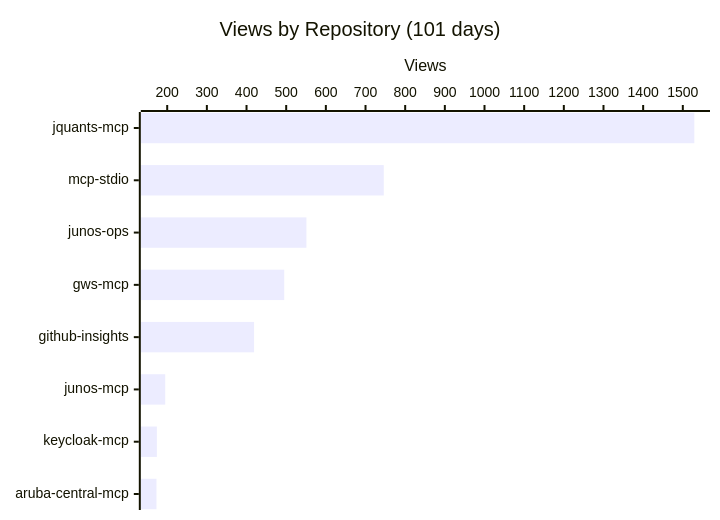
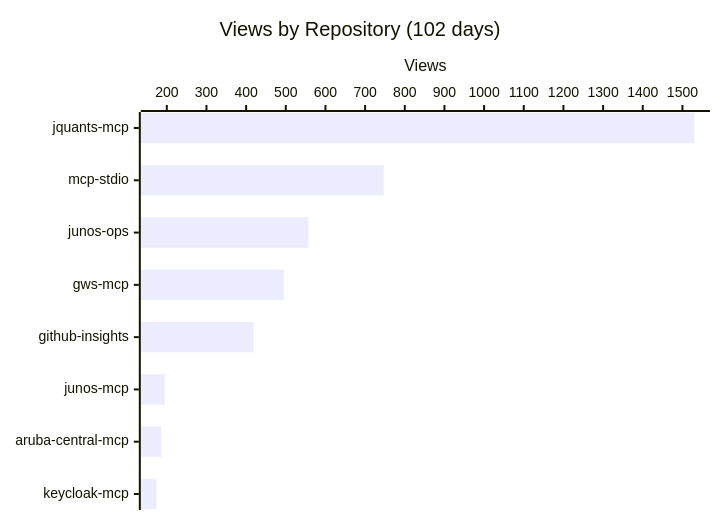
Before and after one commit to shigechika/github-insights: the first of 3 diagrams in README.md, drawn with Mermaid. The commit also changed other lines of this file and 2 other files, not shown here.

````diff
--- a/README.md
+++ b/README.md
@@ -18,7 +18,7 @@
 ```mermaid
 xychart-beta horizontal
-    title "Views by Repository (101 days)"
-    x-axis ["jquants-mcp", "mcp-stdio", "junos-ops", "gws-mcp", "github-insights", "junos-mcp", "keycloak-mcp", "aruba-central-mcp"]
+    title "Views by Repository (102 days)"
+    x-axis ["jquants-mcp", "mcp-stdio", "junos-ops", "gws-mcp", "github-insights", "junos-mcp", "aruba-central-mcp", "keycloak-mcp"]
     y-axis "Views"
-    bar [1529, 746, 551, 495, 419, 195, 174, 173]
+    bar [1530, 747, 557, 495, 419, 195, 186, 174]
 ```
````
